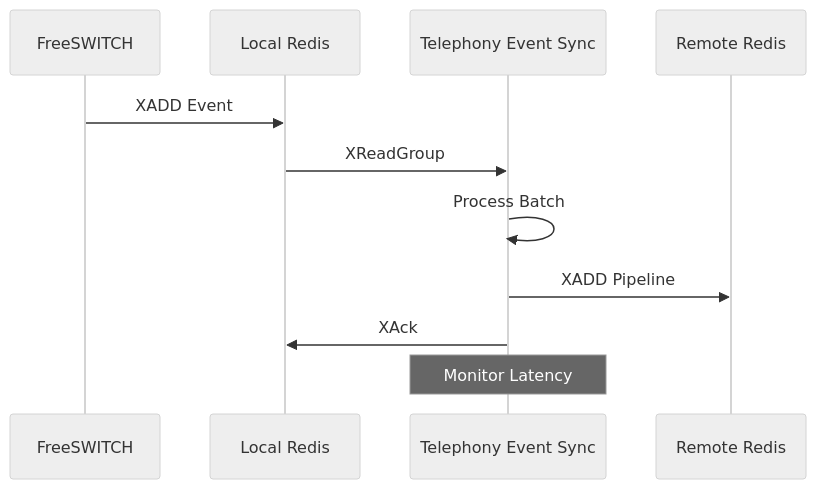
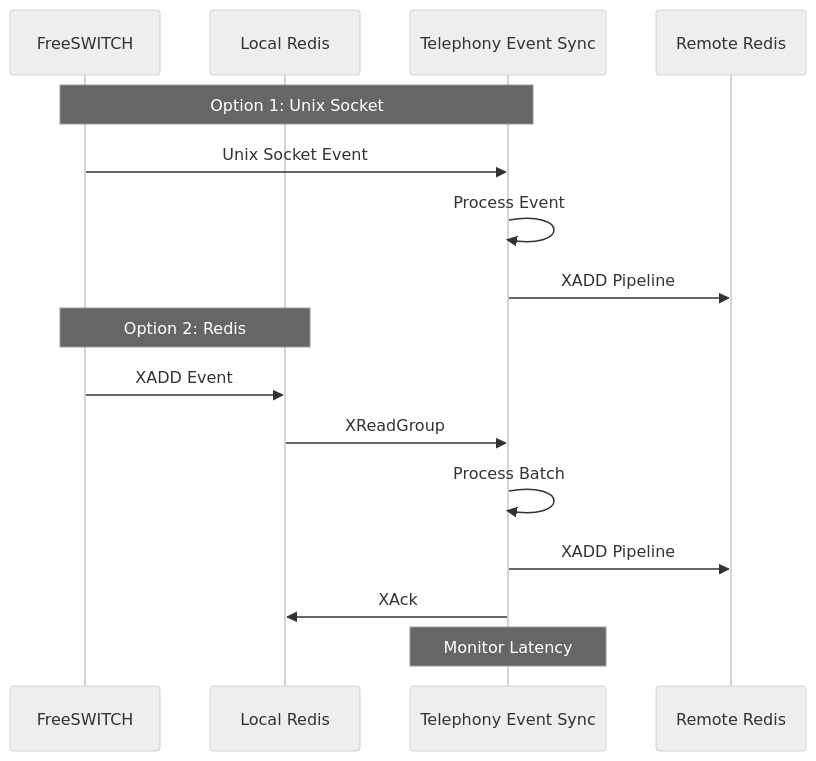
The fourth of 5 diagrams in README.md (rauxiliar/telephonyEventSync), drawn with Mermaid (neutral theme) before and after one commit. The commit also changed other lines of this file and 4 other files, not shown here.

````diff
--- a/README.md
+++ b/README.md
@@ -35,14 +116,21 @@
 ```mermaid
 sequenceDiagram
     participant FS as FreeSWITCH
     participant LR as Local Redis
     participant TES as Telephony Event Sync
     participant RR as Remote Redis
 
+    Note over FS,TES: Option 1: Unix Socket
+    FS->>TES: Unix Socket Event
+    TES->>TES: Process Event
+    TES->>RR: XADD Pipeline
+
+    Note over FS,LR: Option 2: Redis
     FS->>LR: XADD Event
     LR->>TES: XReadGroup
     TES->>TES: Process Batch
     TES->>RR: XADD Pipeline
     TES->>LR: XAck
+
     Note over TES: Monitor Latency
 ```
````
